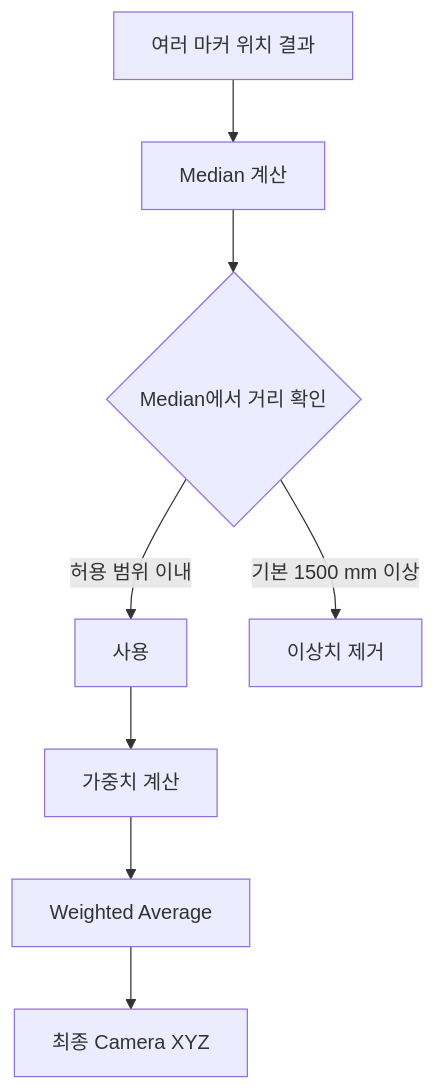
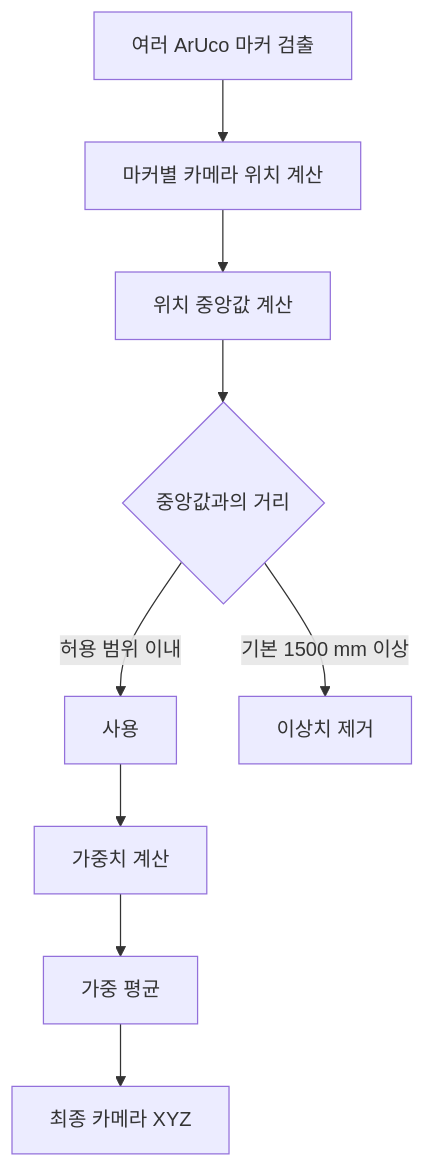
Before and after one commit to JIWOO1127/machine-vision1: the third of 9 diagrams in README.md, drawn with Mermaid. The commit also changed other lines of this file and 8 other files, not shown here.

````diff
--- a/README.md
+++ b/README.md
@@ -272,19 +191,12 @@
 ```mermaid
 flowchart TD
-    A[여러 마커 위치 결과]
-    B[Median 계산]
-    C{Median에서 거리 확인}
-    D[사용]
-    E[이상치 제거]
-    F[가중치 계산]
-    G[Weighted Average]
-    H[최종 Camera XYZ]
+    A[여러 ArUco 마커 검출] --> B[마커별 카메라 위치 계산]
+    B --> C[위치 중앙값 계산]
+    C --> D{중앙값과의 거리}
+    D -->|허용 범위 이내| E[사용]
+    D -->|기본 1500 mm 이상| F[이상치 제거]
 
-    A --> B
-    B --> C
-    C -->|허용 범위 이내| D
-    C -->|기본 1500 mm 이상| E
-    D --> F
-    F --> G
-    G --> H
+    E --> G[가중치 계산]
+    G --> H[가중 평균]
+    H --> I[최종 카메라 XYZ]
 ```
````
